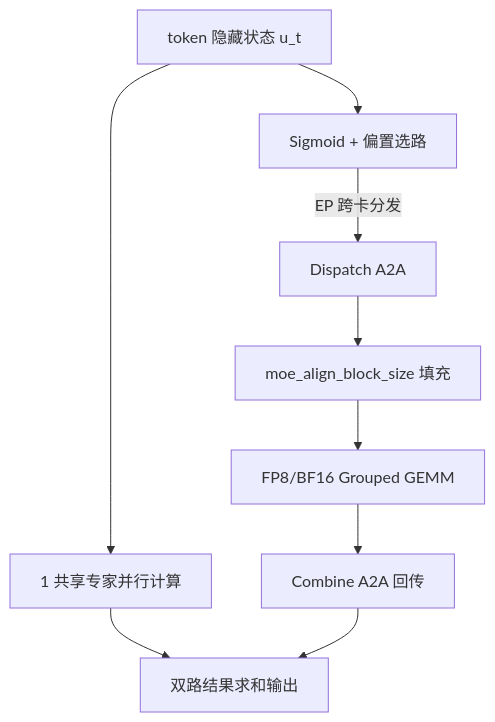
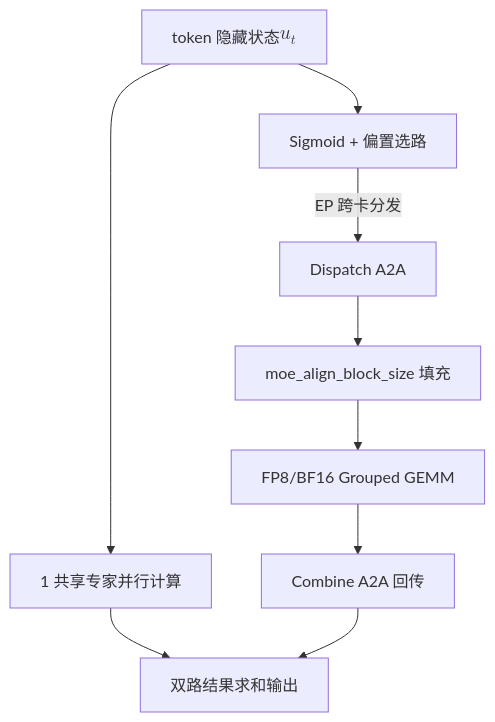
The diagram in src/content/posts/deepseek/06-moe/index.mdx (xingcanlee/infra-note), drawn with Mermaid before and after one commit. The commit also changed 158 other files, not shown here.

Commit message:
feat: simplify diagrams to Pele + single-source drawio, refine layout and typography, and upgrade astro-wisp to 0.7.1

````diff
--- a/src/content/posts/deepseek/06-moe/index.mdx
+++ b/src/content/posts/deepseek/06-moe/index.mdx
@@ -67,11 +67,11 @@
 ```mermaid caption="图 3：EP 跨卡通信 Dispatch、块对齐计算与 Combine 重排流水线"
 flowchart TD
-  IN["token 隐藏状态 u_t"] --> RT["Sigmoid + 偏置选路"]
+  IN["token 隐藏状态 $$u_t$$"] --> RT["Sigmoid + 偏置选路"]
   IN --> SH["1 共享专家并行计算"]
   RT -->|"EP 跨卡分发"| DISP["Dispatch A2A"]
   DISP --> ALIGN["moe_align_block_size 填充"]
   ALIGN --> GMM["FP8/BF16 Grouped GEMM"]
   GMM --> COMB["Combine A2A 回传"]
   SH --> SUM["双路结果求和输出"]
   COMB --> SUM
 ```
````
